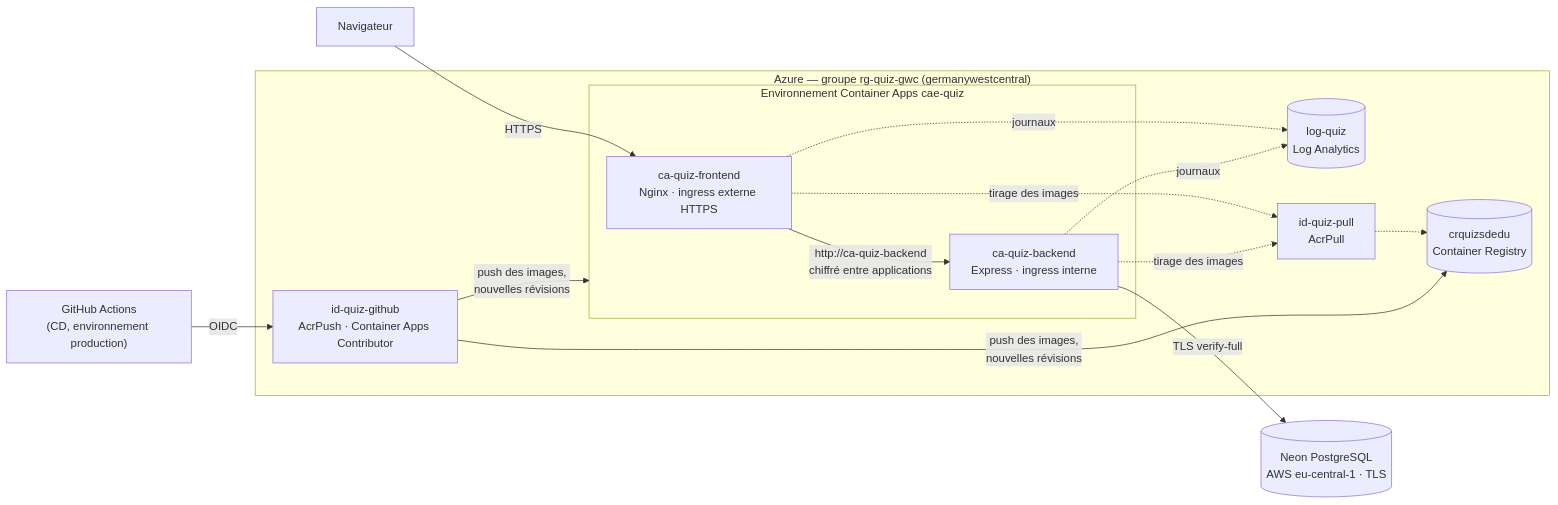
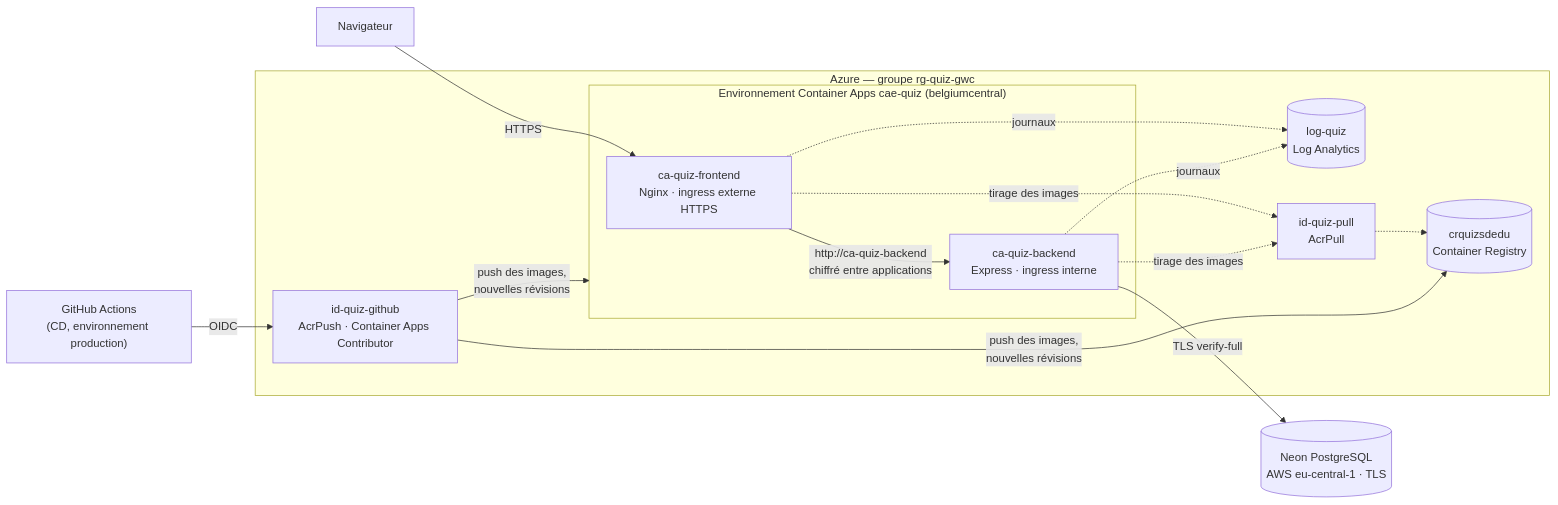
Before and after one commit to Stephane-Dedu/eval-quiz-app: the diagram in docs/technique/azure.md, drawn with Mermaid. The commit also changed other lines of this file and 12 other files, not shown here.

````diff
--- a/docs/technique/azure.md
+++ b/docs/technique/azure.md
@@ -7,26 +7,26 @@
 ```mermaid
 flowchart LR
     browser["Navigateur"]
     github["GitHub Actions<br/>(CD, environnement production)"]
 
-    subgraph azure["Azure — groupe rg-quiz-gwc (germanywestcentral)"]
+    subgraph azure["Azure — groupe rg-quiz-gwc"]
         acr[("crquizsdedu<br/>Container Registry")]
-        subgraph cae["Environnement Container Apps cae-quiz"]
+        subgraph cae["Environnement Container Apps cae-quiz (belgiumcentral)"]
             frontend["ca-quiz-frontend<br/>Nginx · ingress externe HTTPS"]
             backend["ca-quiz-backend<br/>Express · ingress interne"]
         end
         log[("log-quiz<br/>Log Analytics")]
         pull["id-quiz-pull<br/>AcrPull"]
         ci["id-quiz-github<br/>AcrPush · Container Apps Contributor"]
     end
 
     neon[("Neon PostgreSQL<br/>AWS eu-central-1 · TLS")]
 
     browser -- "HTTPS" --> frontend
     frontend -- "http://ca-quiz-backend<br/>chiffré entre applications" --> backend
     backend -- "TLS verify-full" --> neon
     frontend & backend -. "tirage des images" .-> pull -.-> acr
     frontend & backend -. "journaux" .-> log
     github -- "OIDC" --> ci
     ci -- "push des images,<br/>nouvelles révisions" --> acr & cae
 ```
````
